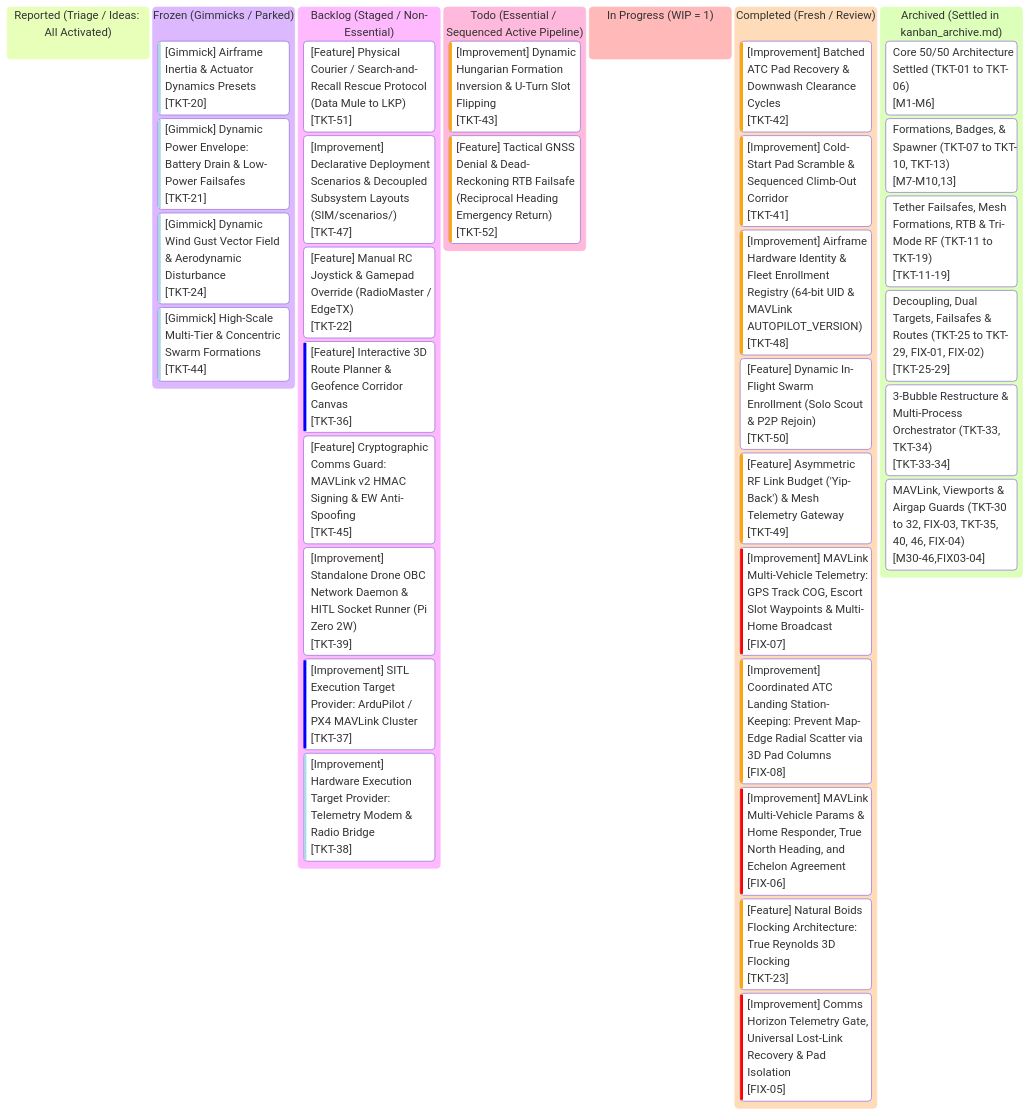
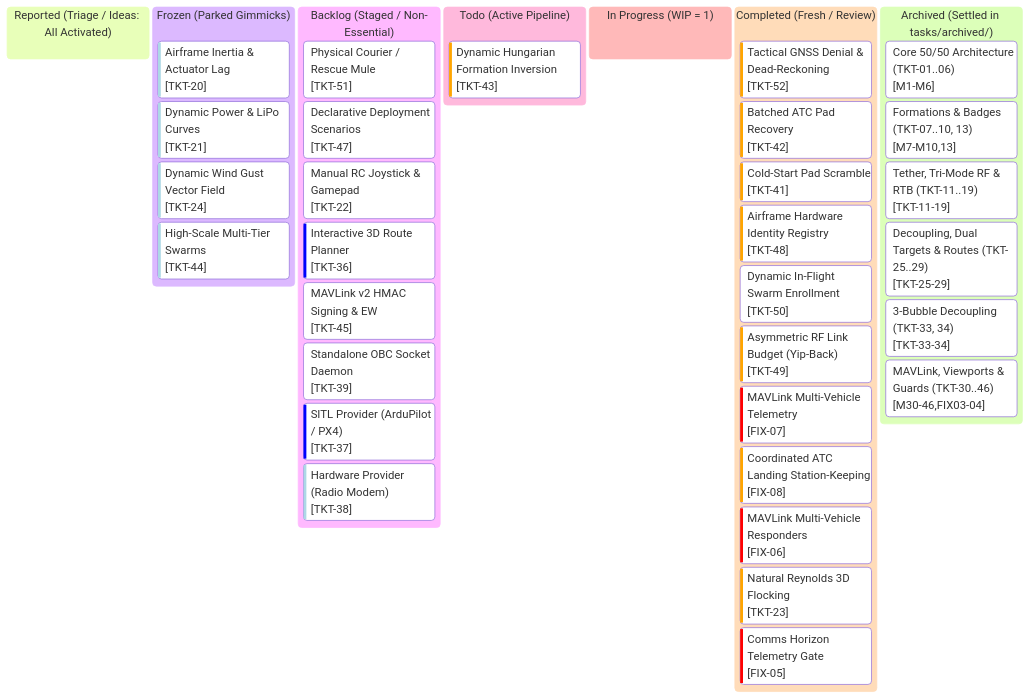
One commit to AlitheiaDeus/SwarmTech_v3-Uprising changed the diagram in kanban.md. Above: the diagram before and after it, drawn with Mermaid. The commit also changed other lines of this file and 44 other files, not shown here.

Commit message:
feat(sim): implement tactical GNSS denial and dead-reckoning RTB failsafe [TKT-52]

````diff
--- a/kanban.md
+++ b/kanban.md
@@ -10,60 +10,60 @@
 ```mermaid
 %%{init: {
   'theme': 'base',
   'themeVariables': {
     'primaryColor': '#0d2235',
     'primaryTextColor': '#d4f4ff',
     'primaryBorderColor': '#00f0ff',
     'lineColor': '#00f0ff',
     'background': '#061019',
     'mainBkg': '#0a1926',
     'secondaryColor': '#081420',
     'secondaryTextColor': '#5a7e96',
     'secondaryBorderColor': '#134e6f',
     'tertiaryColor': '#0e263d',
     'tertiaryTextColor': '#00ffaa',
     'tertiaryBorderColor': '#00ffaa',
     'clusterBkg': '#081420',
     'clusterBorder': '#134e6f',
     'fontFamily': "'JetBrains Mono', 'Courier New', monospace"
   }
 }}%%
 kanban
   reported["Reported (Triage / Ideas: All Activated)"]
-  frozen["Frozen (Gimmicks / Parked)"]
-    tkt20["[Gimmick] Airframe Inertia & Actuator Dynamics Presets"]@{ ticket: '[TKT-20]', priority: 'Very Low' }
-    tkt21["[Gimmick] Dynamic Power Envelope: Battery Drain & Low-Power Failsafes"]@{ ticket: '[TKT-21]', priority: 'Very Low' }
-    tkt24["[Gimmick] Dynamic Wind Gust Vector Field & Aerodynamic Disturbance"]@{ ticket: '[TKT-24]', priority: 'Very Low' }
-    tkt44["[Gimmick] High-Scale Multi-Tier & Concentric Swarm Formations"]@{ ticket: '[TKT-44]', priority: 'Very Low' }
+  frozen["Frozen (Parked Gimmicks)"]
+    tkt20["Airframe Inertia & Actuator Lag"]@{ ticket: '[TKT-20]', priority: 'Very Low' }
+    tkt21["Dynamic Power & LiPo Curves"]@{ ticket: '[TKT-21]', priority: 'Very Low' }
+    tkt24["Dynamic Wind Gust Vector Field"]@{ ticket: '[TKT-24]', priority: 'Very Low' }
+    tkt44["High-Scale Multi-Tier Swarms"]@{ ticket: '[TKT-44]', priority: 'Very Low' }
   backlog["Backlog (Staged / Non-Essential)"]
-    tkt51["[Feature] Physical Courier / Search-and-Recall Rescue Protocol (Data Mule to LKP)"]@{ ticket: '[TKT-51]', priority: 'Medium' }
-    tkt47["[Improvement] Declarative Deployment Scenarios & Decoupled Subsystem Layouts (SIM/scenarios/)"]@{ ticket: '[TKT-47]', priority: 'Medium' }
-    tkt22["[Feature] Manual RC Joystick & Gamepad Override (RadioMaster / EdgeTX)"]@{ ticket: '[TKT-22]', priority: 'Medium' }
-    tkt36["[Feature] Interactive 3D Route Planner & Geofence Corridor Canvas"]@{ ticket: '[TKT-36]', priority: 'Low' }
-    tkt45["[Feature] Cryptographic Comms Guard: MAVLink v2 HMAC Signing & EW Anti-Spoofing"]@{ ticket: '[TKT-45]', priority: 'Medium' }
-    tkt39["[Improvement] Standalone Drone OBC Network Daemon & HITL Socket Runner (Pi Zero 2W)"]@{ ticket: '[TKT-39]', priority: 'Medium' }
-    tkt37["[Improvement] SITL Execution Target Provider: ArduPilot / PX4 MAVLink Cluster"]@{ ticket: '[TKT-37]', priority: 'Low' }
-    tkt38["[Improvement] Hardware Execution Target Provider: Telemetry Modem & Radio Bridge"]@{ ticket: '[TKT-38]', priority: 'Very Low' }
-  todo["Todo (Essential / Sequenced Active Pipeline)"]
-    tkt43["[Improvement] Dynamic Hungarian Formation Inversion & U-Turn Slot Flipping"]@{ ticket: '[TKT-43]', priority: 'High' }
-    tkt52["[Feature] Tactical GNSS Denial & Dead-Reckoning RTB Failsafe (Reciprocal Heading Emergency Return)"]@{ ticket: '[TKT-52]', priority: 'High' }
+    tkt51["Physical Courier / Rescue Mule"]@{ ticket: '[TKT-51]', priority: 'Medium' }
+    tkt47["Declarative Deployment Scenarios"]@{ ticket: '[TKT-47]', priority: 'Medium' }
+    tkt22["Manual RC Joystick & Gamepad"]@{ ticket: '[TKT-22]', priority: 'Medium' }
+    tkt36["Interactive 3D Route Planner"]@{ ticket: '[TKT-36]', priority: 'Low' }
+    tkt45["MAVLink v2 HMAC Signing & EW"]@{ ticket: '[TKT-45]', priority: 'Medium' }
+    tkt39["Standalone OBC Socket Daemon"]@{ ticket: '[TKT-39]', priority: 'Medium' }
+    tkt37["SITL Provider (ArduPilot / PX4)"]@{ ticket: '[TKT-37]', priority: 'Low' }
+    tkt38["Hardware Provider (Radio Modem)"]@{ ticket: '[TKT-38]', priority: 'Very Low' }
+  todo["Todo (Active Pipeline)"]
+    tkt43["Dynamic Hungarian Formation Inversion"]@{ ticket: '[TKT-43]', priority: 'High' }
   in_progress["In Progress (WIP = 1)"]
   completed["Completed (Fresh / Review)"]
-    tkt42["[Improvement] Batched ATC Pad Recovery & Downwash Clearance Cycles"]@{ ticket: '[TKT-42]', priority: 'High' }
-    tkt41["[Improvement] Cold-Start Pad Scramble & Sequenced Climb-Out Corridor"]@{ ticket: '[TKT-41]', priority: 'High' }
-    tkt48["[Improvement] Airframe Hardware Identity & Fleet Enrollment Registry (64-bit UID & MAVLink AUTOPILOT_VERSION)"]@{ ticket: '[TKT-48]', priority: 'High' }
-    tkt50["[Feature] Dynamic In-Flight Swarm Enrollment (Solo Scout & P2P Rejoin)"]@{ ticket: '[TKT-50]', priority: 'Medium' }
-    tkt49["[Feature] Asymmetric RF Link Budget ('Yip-Back') & Mesh Telemetry Gateway"]@{ ticket: '[TKT-49]', priority: 'High' }
-    fix07["[Improvement] MAVLink Multi-Vehicle Telemetry: GPS Track COG, Escort Slot Waypoints & Multi-Home Broadcast"]@{ ticket: '[FIX-07]', priority: 'Very High' }
-    fix08["[Improvement] Coordinated ATC Landing Station-Keeping: Prevent Map-Edge Radial Scatter via 3D Pad Columns"]@{ ticket: '[FIX-08]', priority: 'High' }
-    fix06["[Improvement] MAVLink Multi-Vehicle Params & Home Responder, True North Heading, and Echelon Agreement"]@{ ticket: '[FIX-06]', priority: 'Very High' }
-    tkt23["[Feature] Natural Boids Flocking Architecture: True Reynolds 3D Flocking"]@{ ticket: '[TKT-23]', priority: 'High' }
-    fix05["[Improvement] Comms Horizon Telemetry Gate, Universal Lost-Link Recovery & Pad Isolation"]@{ ticket: '[FIX-05]', priority: 'Very High' }
-  archived["Archived (Settled in kanban_archive.md)"]
-    arch_m1_6["Core 50/50 Architecture Settled (TKT-01 to TKT-06)"]@{ ticket: '[M1-M6]' }
-    arch_m7_10_13["Formations, Badges, & Spawner (TKT-07 to TKT-10, TKT-13)"]@{ ticket: '[M7-M10,13]' }
-    arch_m11_19["Tether Failsafes, Mesh Formations, RTB & Tri-Mode RF (TKT-11 to TKT-19)"]@{ ticket: '[TKT-11-19]' }
-    arch_m25_29["Decoupling, Dual Targets, Failsafes & Routes (TKT-25 to TKT-29, FIX-01, FIX-02)"]@{ ticket: '[TKT-25-29]' }
-    arch_m33_34["3-Bubble Restructure & Multi-Process Orchestrator (TKT-33, TKT-34)"]@{ ticket: '[TKT-33-34]' }
-    arch_m30_46_fix03_04["MAVLink, Viewports & Airgap Guards (TKT-30 to 32, FIX-03, TKT-35, 40, 46, FIX-04)"]@{ ticket: '[M30-46,FIX03-04]' }
+    tkt52["Tactical GNSS Denial & Dead-Reckoning"]@{ ticket: '[TKT-52]', priority: 'High' }
+    tkt42["Batched ATC Pad Recovery"]@{ ticket: '[TKT-42]', priority: 'High' }
+    tkt41["Cold-Start Pad Scramble"]@{ ticket: '[TKT-41]', priority: 'High' }
+    tkt48["Airframe Hardware Identity Registry"]@{ ticket: '[TKT-48]', priority: 'High' }
+    tkt50["Dynamic In-Flight Swarm Enrollment"]@{ ticket: '[TKT-50]', priority: 'Medium' }
+    tkt49["Asymmetric RF Link Budget (Yip-Back)"]@{ ticket: '[TKT-49]', priority: 'High' }
+    fix07["MAVLink Multi-Vehicle Telemetry"]@{ ticket: '[FIX-07]', priority: 'Very High' }
+    fix08["Coordinated ATC Landing Station-Keeping"]@{ ticket: '[FIX-08]', priority: 'High' }
+    fix06["MAVLink Multi-Vehicle Responders"]@{ ticket: '[FIX-06]', priority: 'Very High' }
+    tkt23["Natural Reynolds 3D Flocking"]@{ ticket: '[TKT-23]', priority: 'High' }
+    fix05["Comms Horizon Telemetry Gate"]@{ ticket: '[FIX-05]', priority: 'Very High' }
+  archived["Archived (Settled in tasks/archived/)"]
+    arch_m1_6["Core 50/50 Architecture (TKT-01..06)"]@{ ticket: '[M1-M6]' }
+    arch_m7_10_13["Formations & Badges (TKT-07..10, 13)"]@{ ticket: '[M7-M10,13]' }
+    arch_m11_19["Tether, Tri-Mode RF & RTB (TKT-11..19)"]@{ ticket: '[TKT-11-19]' }
+    arch_m25_29["Decoupling, Dual Targets & Routes (TKT-25..29)"]@{ ticket: '[TKT-25-29]' }
+    arch_m33_34["3-Bubble Decoupling (TKT-33, 34)"]@{ ticket: '[TKT-33-34]' }
+    arch_m30_46["MAVLink, Viewports & Guards (TKT-30..46)"]@{ ticket: '[M30-46,FIX03-04]' }
 ```
````
